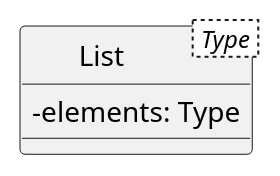
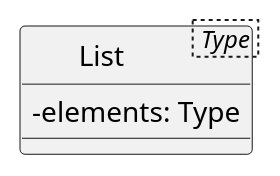
Before and after one commit to gigl-uml/Guide_uml_polymtl: the diagram in plant_uml/templateExample.plantuml, drawn with PlantUML. The commit also changed 128 other files, not shown here.

Commit message:
Fix diagrammes darkmode

```diff
--- a/plant_uml/templateExample.plantuml
+++ b/plant_uml/templateExample.plantuml
@@ -1,8 +1,9 @@
 @startuml
 hide circle
+skinparam backgroundcolor transparent
 skinparam classAttributeIconSize 0
 
 class "List< Type >" as List {
     -elements: Type
 }
 @enduml
```
